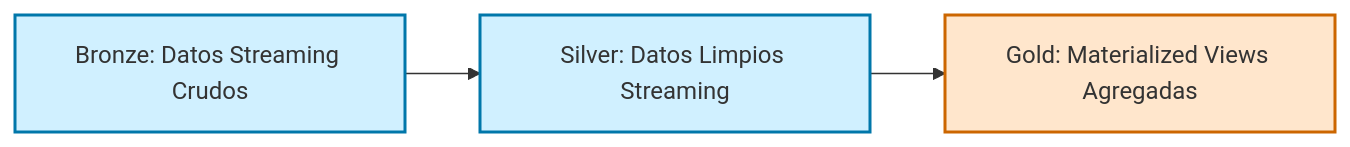
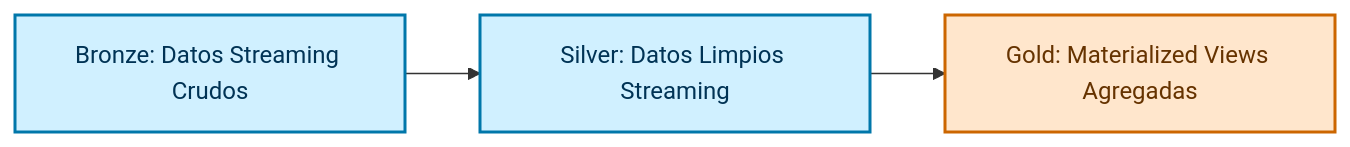
One commit to AxelEspinosa94/databricks-de-2026 changed the third of 4 diagrams in notes/Lakeflow-Declarative-Tables.md. Above: the diagram before and after it, drawn with Mermaid.

Commit message:
Changed Mermaid's font-color

````diff
--- a/notes/Lakeflow-Declarative-Tables.md
+++ b/notes/Lakeflow-Declarative-Tables.md
@@ -242,12 +242,12 @@
 ```mermaid
 flowchart LR
     A[Bronze: Datos Streaming Crudos] --> B[Silver: Datos Limpios Streaming]
     B --> C[Gold: Materialized Views Agregadas]
 
     A:::stream
     B:::stream
     C:::mv
 
-    classDef stream fill:#d0f0ff,stroke:#0077aa,stroke-width:2px;
-    classDef mv fill:#ffe6cc,stroke:#cc6600,stroke-width:2px;
+    classDef stream fill:#d0f0ff,stroke:#0077aa,stroke-width:2px,color:#003355;
+    classDef mv fill:#ffe6cc,stroke:#cc6600,stroke-width:2px,color:#663300;
 ```
````
